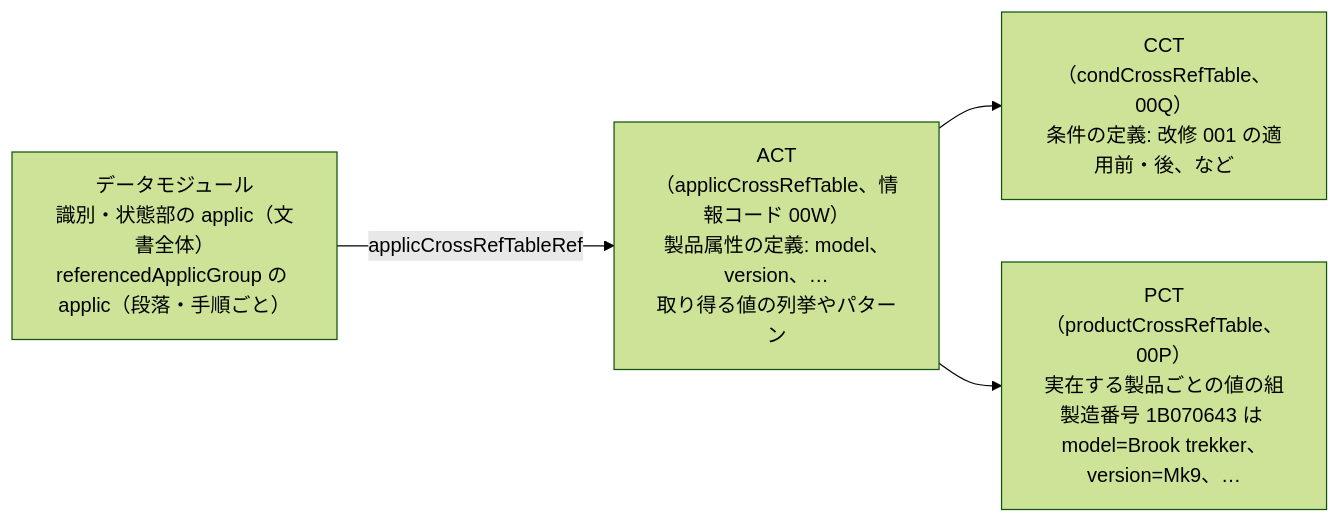
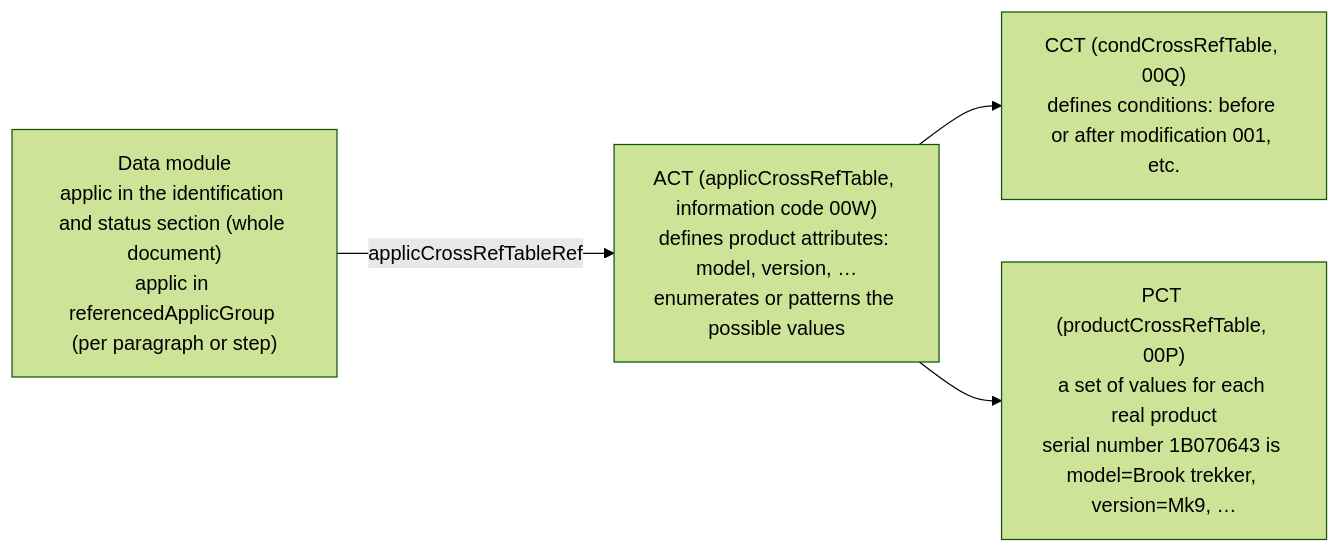
The first of 2 diagrams in site/src/content/docs/guide/applicability.md (shuji-bonji/s1000d-stack), drawn with Mermaid (forest theme) before and after one commit. The commit also changed other lines of this file and 35 other files, not shown here.

````diff
--- a/site/src/content/docs/guide/applicability.md
+++ b/site/src/content/docs/guide/applicability.md
@@ -10,9 +10,9 @@
 ```mermaid
 flowchart LR
-  ACT["ACT（applicCrossRefTable、情報コード 00W）<br/>製品属性の定義: model、version、…<br/>取り得る値の列挙やパターン"]
-  CCT["CCT（condCrossRefTable、00Q）<br/>条件の定義: 改修 001 の適用前・後、など"]
-  PCT["PCT（productCrossRefTable、00P）<br/>実在する製品ごとの値の組<br/>製造番号 1B070643 は model=Brook trekker、version=Mk9、…"]
+  ACT["ACT (applicCrossRefTable, information code 00W)<br/>defines product attributes: model, version, …<br/>enumerates or patterns the possible values"]
+  CCT["CCT (condCrossRefTable, 00Q)<br/>defines conditions: before or after modification 001, etc."]
+  PCT["PCT (productCrossRefTable, 00P)<br/>a set of values for each real product<br/>serial number 1B070643 is model=Brook trekker, version=Mk9, …"]
   ACT --> CCT
   ACT --> PCT
-  DM["データモジュール<br/>識別・状態部の applic（文書全体）<br/>referencedApplicGroup の applic（段落・手順ごと）"] -- applicCrossRefTableRef --> ACT
+  DM["Data module<br/>applic in the identification and status section (whole document)<br/>applic in referencedApplicGroup (per paragraph or step)"] -- applicCrossRefTableRef --> ACT
 ```
````
